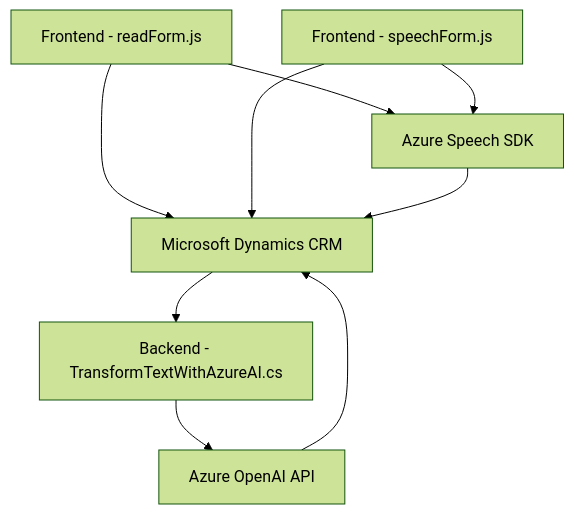
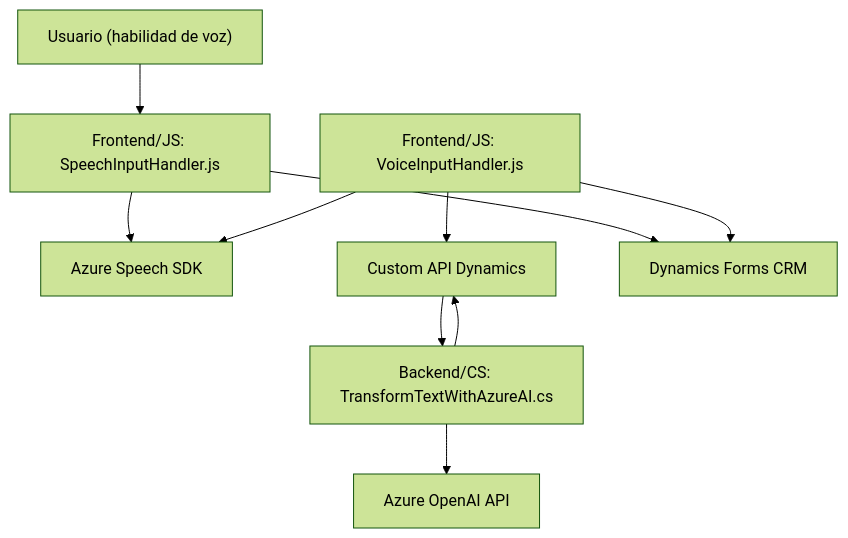
Before and after one commit to blopezdm/NETCORE_BILBAO2025: the diagram in README.md, drawn with Mermaid (forest theme). The commit also changed other lines of this file, not shown here.

````diff
--- a/README.md
+++ b/README.md
@@ -55,18 +62,21 @@
 ```mermaid
 graph TD
-    A["Frontend - readForm.js"]
-    B["Frontend - speechForm.js"]
-    C["Backend - TransformTextWithAzureAI.cs"]
+    A["Usuario (habilidad de voz)"]
+    B["Frontend/JS: SpeechInputHandler.js"]
+    C["Frontend/JS: VoiceInputHandler.js"]
     D["Azure Speech SDK"]
-    E["Azure OpenAI API"]
-    F["Microsoft Dynamics CRM"]
-    
-    A --> D
+    E["Custom API Dynamics"]
+    F["Backend/CS: TransformTextWithAzureAI.cs"]
+    G["Azure OpenAI API"]
+    H["Dynamics Forms CRM"]
+
+    A --> B
     B --> D
-    A --> F
-    B --> F
+    B --> H
+    C --> D
     C --> E
-    F --> C
-    D --> F
+    C --> H
     E --> F
+    F --> G
+    F --> E
 ```
````
